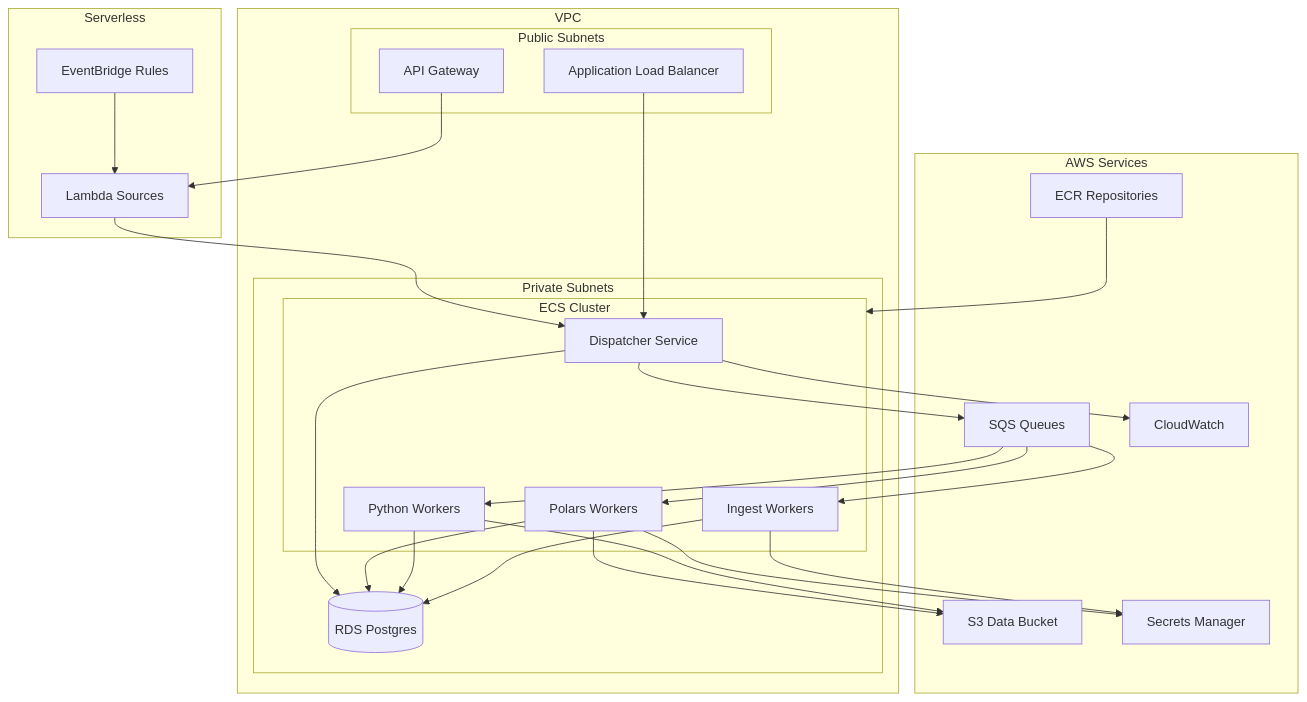
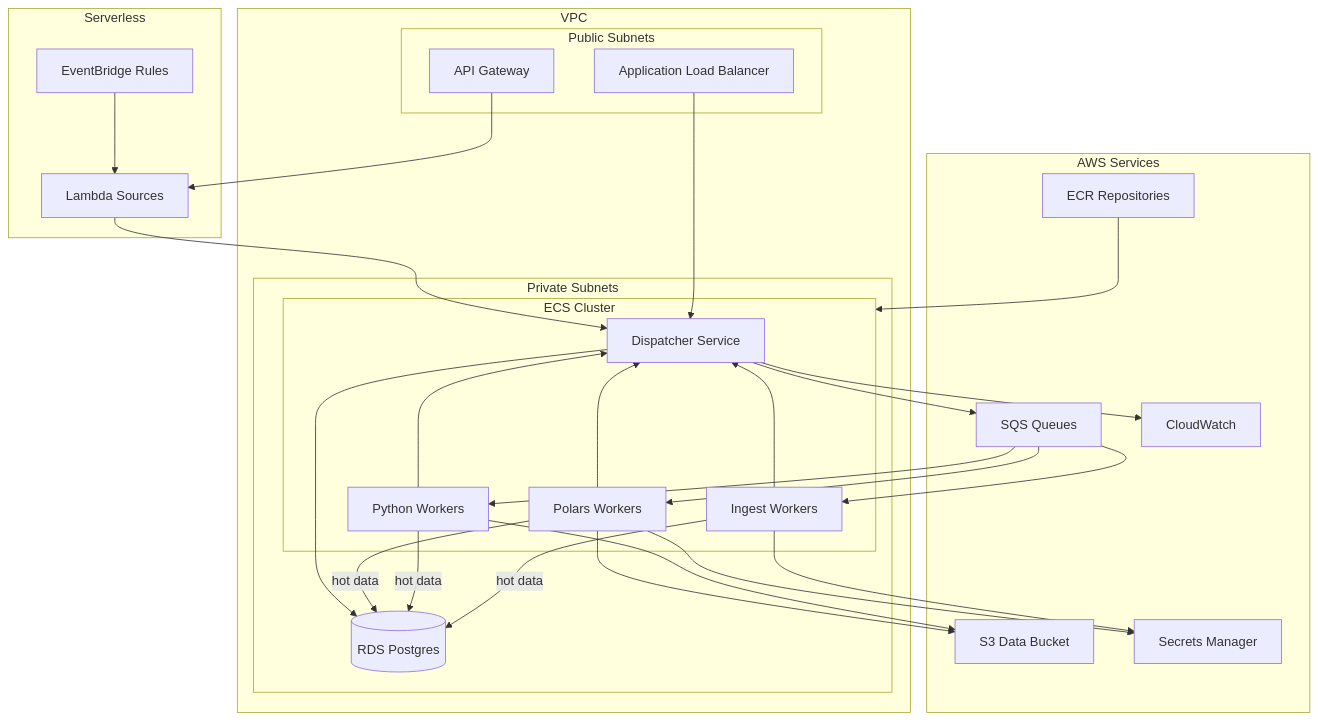
The diagram in docs/capabilities/infrastructure.md (c7121/trace), drawn with Mermaid before and after one commit. The commit also changed 28 other files, not shown here.

````diff
--- a/docs/capabilities/infrastructure.md
+++ b/docs/capabilities/infrastructure.md
@@ -7,58 +7,62 @@
 ```mermaid
 flowchart TB
     subgraph VPC["VPC"]
         subgraph Public["Public Subnets"]
             ALB[Application Load Balancer]
             APIGW[API Gateway]
         end
         
         subgraph Private["Private Subnets"]
             subgraph ECS["ECS Cluster"]
                 DISPATCHER_SVC[Dispatcher Service]
                 POLARS_WORKERS[Polars Workers]
                 PYTHON_WORKERS[Python Workers]
                 INGEST_WORKERS[Ingest Workers]
             end
             
             RDS[(RDS Postgres)]
         end
     end
     
     subgraph Serverless["Serverless"]
         EVENTBRIDGE[EventBridge Rules]
         LAMBDA[Lambda Sources]
     end
     
     subgraph AWS_Services["AWS Services"]
         SQS_QUEUES[SQS Queues]
         S3_BUCKET[S3 Data Bucket]
         ECR[ECR Repositories]
         CW[CloudWatch]
         SM[Secrets Manager]
     end
     
     EVENTBRIDGE --> LAMBDA
     APIGW --> LAMBDA
     LAMBDA --> DISPATCHER_SVC
     
     ALB --> DISPATCHER_SVC
     
     DISPATCHER_SVC --> RDS
     DISPATCHER_SVC --> SQS_QUEUES
     DISPATCHER_SVC --> CW
     
     SQS_QUEUES --> POLARS_WORKERS
     SQS_QUEUES --> PYTHON_WORKERS
     SQS_QUEUES --> INGEST_WORKERS
     
-    POLARS_WORKERS --> RDS
+    POLARS_WORKERS --> DISPATCHER_SVC
+    PYTHON_WORKERS --> DISPATCHER_SVC
+    INGEST_WORKERS --> DISPATCHER_SVC
+    
+    POLARS_WORKERS -->|hot data| RDS
     POLARS_WORKERS --> S3_BUCKET
-    PYTHON_WORKERS --> RDS
+    PYTHON_WORKERS -->|hot data| RDS
     PYTHON_WORKERS --> S3_BUCKET
-    INGEST_WORKERS --> RDS
+    INGEST_WORKERS -->|hot data| RDS
     
     POLARS_WORKERS --> SM
     INGEST_WORKERS --> SM
     
     ECR --> ECS
 ```
````
